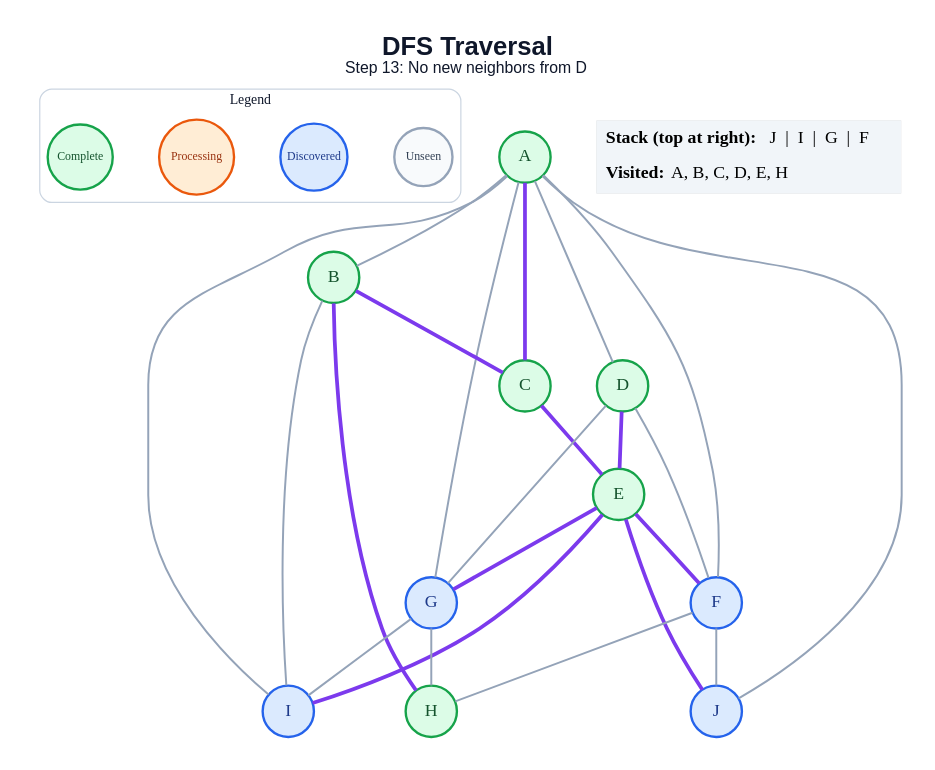
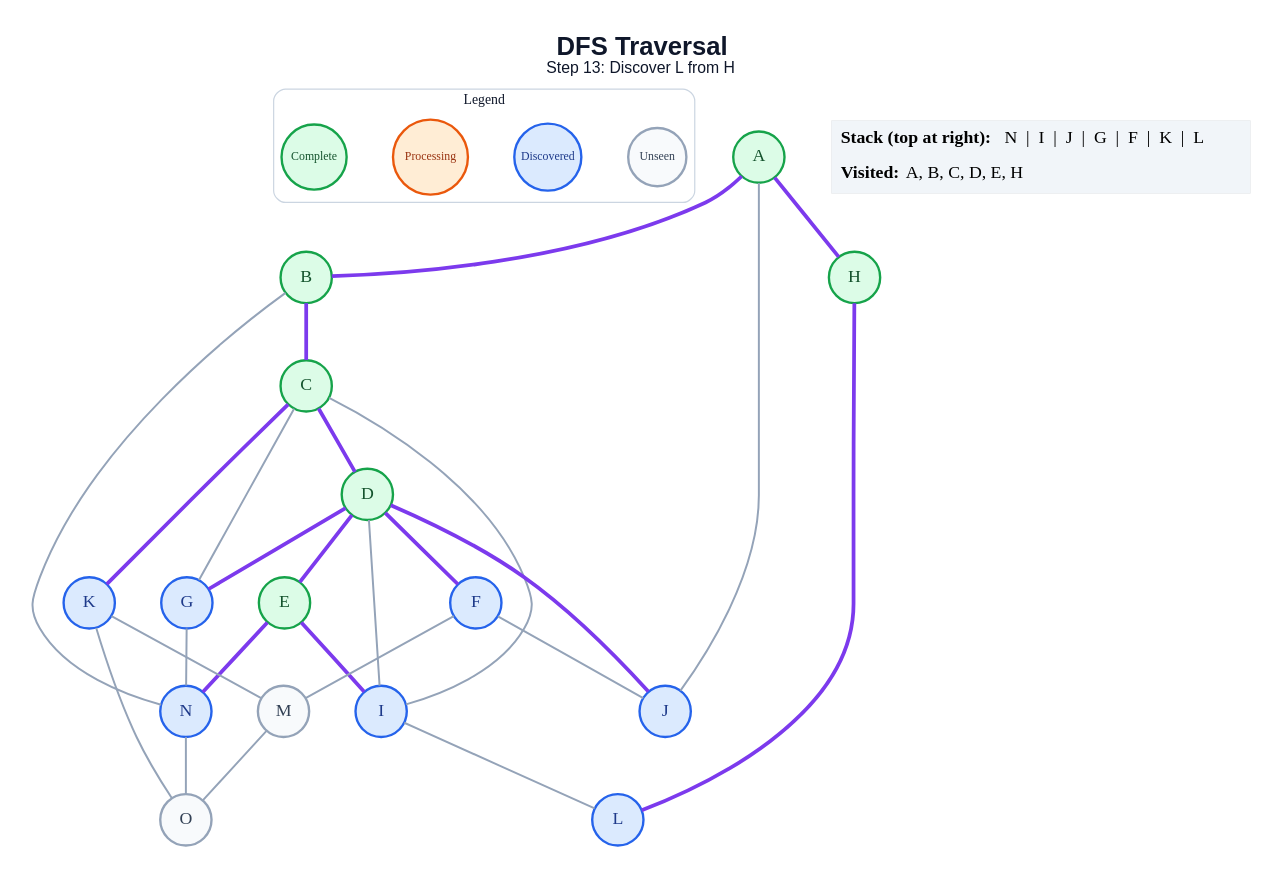
The diagram in generated/specific-node/dfs/step_13.dot (anon7238593-create/ai-slop), drawn with Graphviz before and after one commit. The commit also changed 268 other files, not shown here.

```diff
--- a/generated/specific-node/dfs/step_13.dot
+++ b/generated/specific-node/dfs/step_13.dot
@@ -1,51 +1,59 @@
 graph traversal {
   graph [layout=dot, rankdir=TB, bgcolor="#FFFFFF", pad="0.35", nodesep="0.65", ranksep="0.8", fontname="Arial"];
   node [shape=circle, style="filled", fontname="Arial Bold", fontsize=18, width=0.72, fixedsize=true, penwidth=2.4];
   edge [color="#94A3B8", penwidth=2.0];
-  label=<<B>DFS Traversal</B><BR/><FONT POINT-SIZE="16">Step 13: No new neighbors from D</FONT>>; labelloc="t"; fontsize=26; fontname="Arial"; fontcolor="#0F172A";
+  label=<<B>DFS Traversal</B><BR/><FONT POINT-SIZE="16">Step 13: Discover L from H</FONT>>; labelloc="t"; fontsize=26; fontname="Arial"; fontcolor="#0F172A";
   subgraph cluster_legend { label="Legend"; color="#CBD5E1"; penwidth=1.2; style="rounded"; fontsize=14; fontname="Arial Bold";
     key_unseen [label="Unseen", fillcolor="#F8FAFC", color="#94A3B8", fontcolor="#334155", fontsize=12, width=0.82];
     key_frontier [label="Discovered", fillcolor="#DBEAFE", color="#2563EB", fontcolor="#1E3A8A", fontsize=12, width=0.95];
     key_current [label="Processing", fillcolor="#FFEDD5", color="#EA580C", fontcolor="#9A3412", fontsize=12, width=1.05];
     key_done [label="Complete", fillcolor="#DCFCE7", color="#16A34A", fontcolor="#14532D", fontsize=12, width=0.92];
     { rank=same; key_unseen; key_frontier; key_current; key_done; }
   }
   A [fillcolor="#DCFCE7", color="#16A34A", fontcolor="#14532D"];
   B [fillcolor="#DCFCE7", color="#16A34A", fontcolor="#14532D"];
   C [fillcolor="#DCFCE7", color="#16A34A", fontcolor="#14532D"];
   D [fillcolor="#DCFCE7", color="#16A34A", fontcolor="#14532D"];
   E [fillcolor="#DCFCE7", color="#16A34A", fontcolor="#14532D"];
   F [fillcolor="#DBEAFE", color="#2563EB", fontcolor="#1E3A8A"];
   G [fillcolor="#DBEAFE", color="#2563EB", fontcolor="#1E3A8A"];
   H [fillcolor="#DCFCE7", color="#16A34A", fontcolor="#14532D"];
   I [fillcolor="#DBEAFE", color="#2563EB", fontcolor="#1E3A8A"];
   J [fillcolor="#DBEAFE", color="#2563EB", fontcolor="#1E3A8A"];
-  A -- B;
-  A -- C [color="#7C3AED", penwidth=3.8];
-  A -- D;
-  A -- F;
-  A -- G;
-  A -- I;
+  K [fillcolor="#DBEAFE", color="#2563EB", fontcolor="#1E3A8A"];
+  L [fillcolor="#DBEAFE", color="#2563EB", fontcolor="#1E3A8A"];
+  M [fillcolor="#F8FAFC", color="#94A3B8", fontcolor="#334155"];
+  N [fillcolor="#DBEAFE", color="#2563EB", fontcolor="#1E3A8A"];
+  O [fillcolor="#F8FAFC", color="#94A3B8", fontcolor="#334155"];
+  A -- B [color="#7C3AED", penwidth=3.8];
+  A -- H [color="#7C3AED", penwidth=3.8];
   A -- J;
   B -- C [color="#7C3AED", penwidth=3.8];
-  B -- H [color="#7C3AED", penwidth=3.8];
-  B -- I;
-  C -- E [color="#7C3AED", penwidth=3.8];
+  B -- N;
+  C -- D [color="#7C3AED", penwidth=3.8];
+  C -- G;
+  C -- I;
+  C -- K [color="#7C3AED", penwidth=3.8];
   D -- E [color="#7C3AED", penwidth=3.8];
-  D -- F;
-  D -- G;
-  E -- F [color="#7C3AED", penwidth=3.8];
-  E -- G [color="#7C3AED", penwidth=3.8];
+  D -- F [color="#7C3AED", penwidth=3.8];
+  D -- G [color="#7C3AED", penwidth=3.8];
+  D -- I;
+  D -- J [color="#7C3AED", penwidth=3.8];
   E -- I [color="#7C3AED", penwidth=3.8];
-  E -- J [color="#7C3AED", penwidth=3.8];
-  F -- H;
+  E -- N [color="#7C3AED", penwidth=3.8];
   F -- J;
-  G -- H;
-  G -- I;
+  F -- M;
+  G -- N;
+  H -- L [color="#7C3AED", penwidth=3.8];
+  I -- L;
+  K -- M;
+  K -- O;
+  M -- O;
+  N -- O;
   status [shape=plain, fixedsize=false, width=0, height=0, margin=0, label=<
     <TABLE BORDER="0" CELLBORDER="0" CELLPADDING="7" BGCOLOR="#F1F5F9">
-      <TR><TD ALIGN="LEFT"><B>Stack (top at right):</B> J  |  I  |  G  |  F</TD></TR>
+      <TR><TD ALIGN="LEFT"><B>Stack (top at right):</B> N  |  I  |  J  |  G  |  F  |  K  |  L</TD></TR>
       <TR><TD ALIGN="LEFT"><B>Visited:</B> A, B, C, D, E, H</TD></TR>
     </TABLE>
   >];
 }
```
